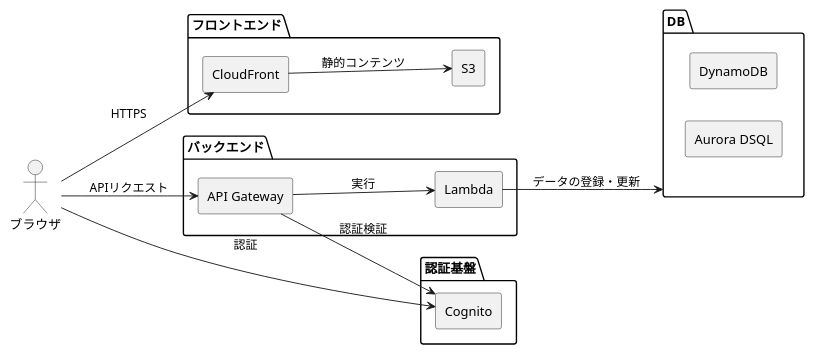
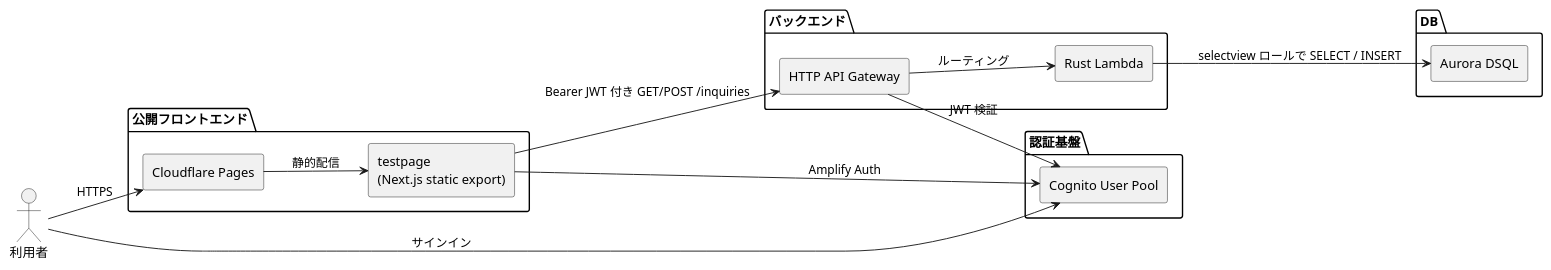
Before and after one commit to nishidemasami/nishidemasami.github.io-contactform: the diagram in docs/FAQ.md, drawn with PlantUML. The commit also changed other lines of this file and 6 other files, not shown here.

````diff
--- a/docs/FAQ.md
+++ b/docs/FAQ.md
@@ -5,38 +5,35 @@
 ```plantuml!
 left to right direction
-skinparam backgroundColor transparent 
+skinparam backgroundColor transparent
 skinparam defaultFontname Meiryo
 skinparam componentStyle rectangle
 
-actor ブラウザ as User
+actor 利用者 as User
 
-package "フロントエンド" {
-  [CloudFront]
-  [S3]
+package "公開フロントエンド" {
+  [Cloudflare Pages]
+  [testpage\n(Next.js static export)]
 }
 
 package "認証基盤" {
-  [Cognito]
+  [Cognito User Pool]
 }
 
 package "バックエンド" {
-  [API Gateway]
-  [Lambda]
-
+  [HTTP API Gateway]
+  [Rust Lambda]
 }
 
 package "DB" {
-  [DynamoDB]
   [Aurora DSQL]
 }
 
-User --> CloudFront : HTTPS
-User --> Cognito : 認証
-CloudFront --> S3 : 静的コンテンツ
-
-User --> "API Gateway" : APIリクエスト
-"API Gateway" --> Lambda : 実行
-
-Lambda --> DB : データの登録・更新
-"API Gateway" --> Cognito : 認証検証
+User --> "Cloudflare Pages" : HTTPS
+"Cloudflare Pages" --> "testpage\n(Next.js static export)" : 静的配信
+User --> "Cognito User Pool" : サインイン
+"testpage\n(Next.js static export)" --> "Cognito User Pool" : Amplify Auth
+"testpage\n(Next.js static export)" --> "HTTP API Gateway" : Bearer JWT 付き GET/POST /inquiries
+"HTTP API Gateway" --> "Cognito User Pool" : JWT 検証
+"HTTP API Gateway" --> "Rust Lambda" : ルーティング
+"Rust Lambda" --> "Aurora DSQL" : selectview ロールで SELECT / INSERT
 ```
````
